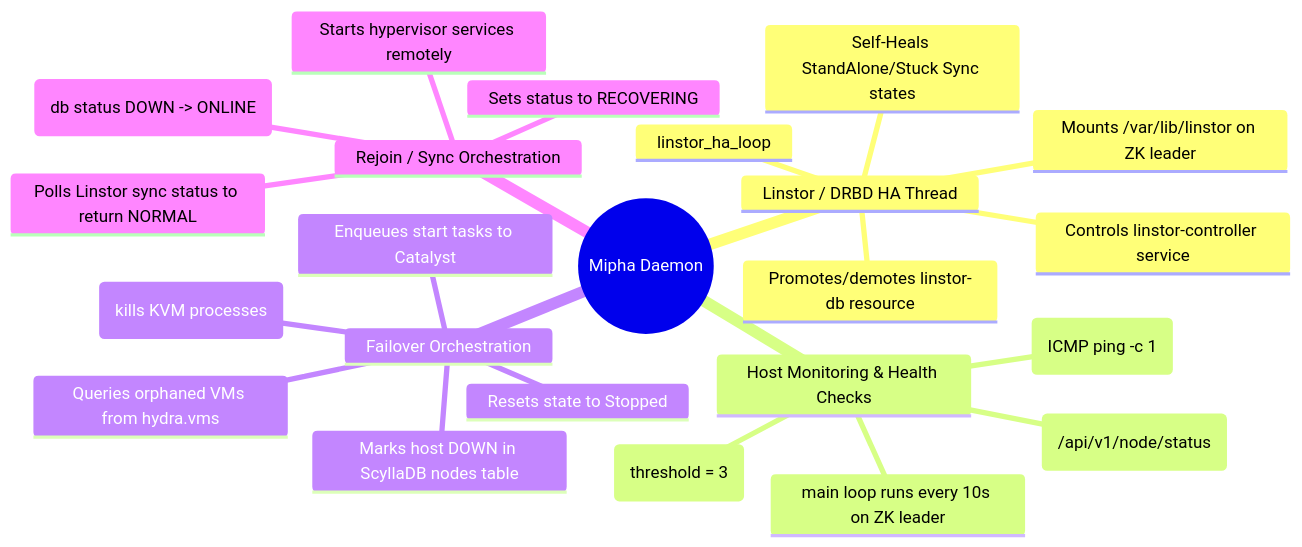
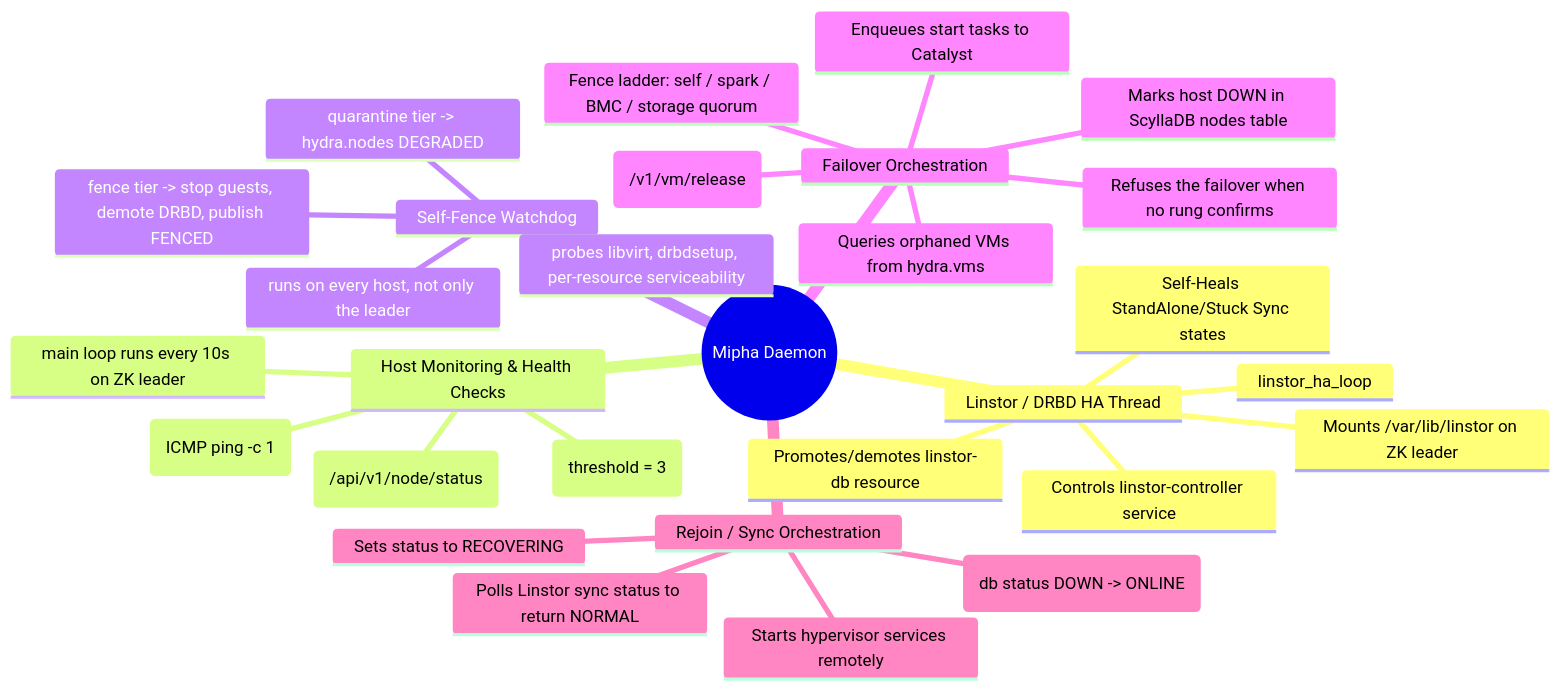
Before and after one commit to AuroraRyunix/Helios-HCI: the diagram in docs/mipha_technical.md, drawn with Mermaid. The commit also changed other lines of this file and 43 other files, not shown here.

````diff
--- a/docs/mipha_technical.md
+++ b/docs/mipha_technical.md
@@ -7,26 +7,32 @@
 ```mermaid
 mindmap
   root((Mipha Daemon))
     Linstor / DRBD HA Thread
       linstor_ha_loop
       Promotes/demotes linstor-db resource
       Mounts /var/lib/linstor on ZK leader
       Controls linstor-controller service
       Self-Heals StandAlone/Stuck Sync states
     Host Monitoring & Health Checks
       main loop runs every 10s on ZK leader
       Pings nodes (ICMP ping -c 1)
       Queries Spark status (/api/v1/node/status)
       Tracks consecutive failures (threshold = 3)
+    Self-Fence Watchdog
+      runs on every host, not only the leader
+      probes libvirt, drbdsetup, per-resource serviceability
+      quarantine tier -> hydra.nodes DEGRADED
+      fence tier -> stop guests, demote DRBD, publish FENCED
     Failover Orchestration
-      Fencing via SSH (kills KVM processes)
+      Fence ladder: self / spark / BMC / storage quorum
+      Refuses the failover when no rung confirms
       Marks host DOWN in ScyllaDB nodes table
       Queries orphaned VMs from hydra.vms
-      Resets state to Stopped
+      Releases placement conditionally (/v1/vm/release)
       Enqueues start tasks to Catalyst
     Rejoin / Sync Orchestration
       Detects returning host (db status DOWN -> ONLINE)
       Sets status to RECOVERING
       Starts hypervisor services remotely
       Polls Linstor sync status to return NORMAL
 ```
````
